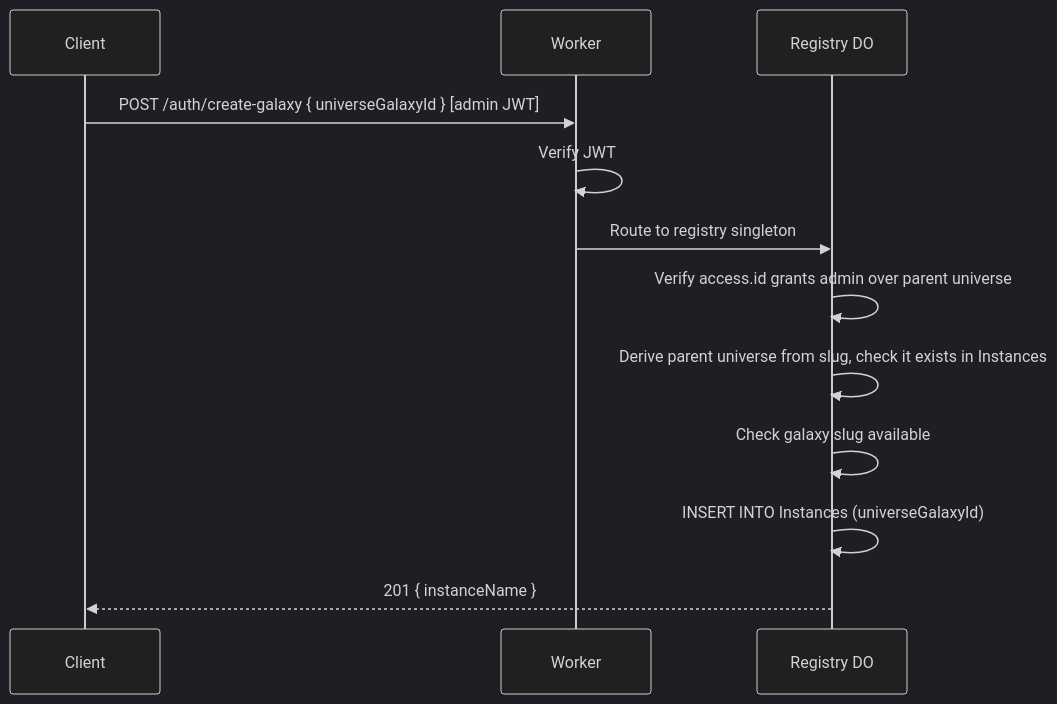
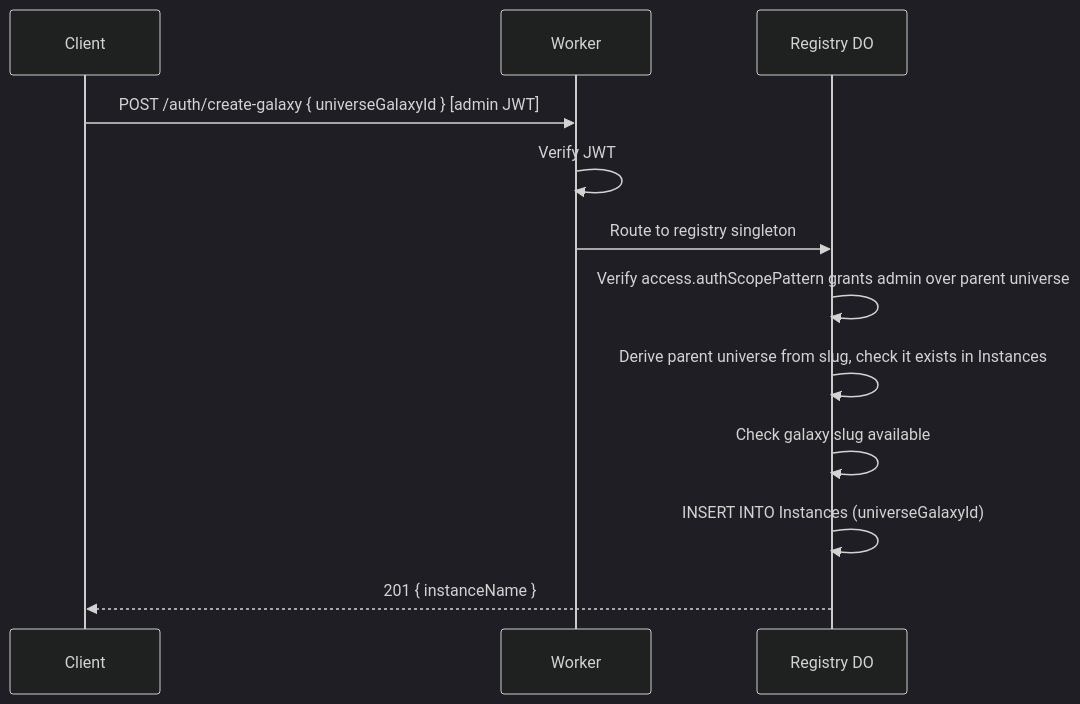
Before and after one commit to lumenize/lumenize: the fifth of 8 diagrams in packages/nebula-auth/README.md, drawn with Mermaid (dark theme). The commit also changed other lines of this file and 16 other files, not shown here.

````diff
--- a/packages/nebula-auth/README.md
+++ b/packages/nebula-auth/README.md
@@ -259,15 +260,15 @@
 ```mermaid
 sequenceDiagram
     participant C as Client
     participant W as Worker
     participant R as Registry DO
 
     C->>W: POST /auth/create-galaxy { universeGalaxyId } [admin JWT]
     W->>W: Verify JWT
     W->>R: Route to registry singleton
-    R->>R: Verify access.id grants admin over parent universe
+    R->>R: Verify access.authScopePattern grants admin over parent universe
     R->>R: Derive parent universe from slug, check it exists in Instances
     R->>R: Check galaxy slug available
     R->>R: INSERT INTO Instances (universeGalaxyId)
     R-->>C: 201 { instanceName }
 ```
````
